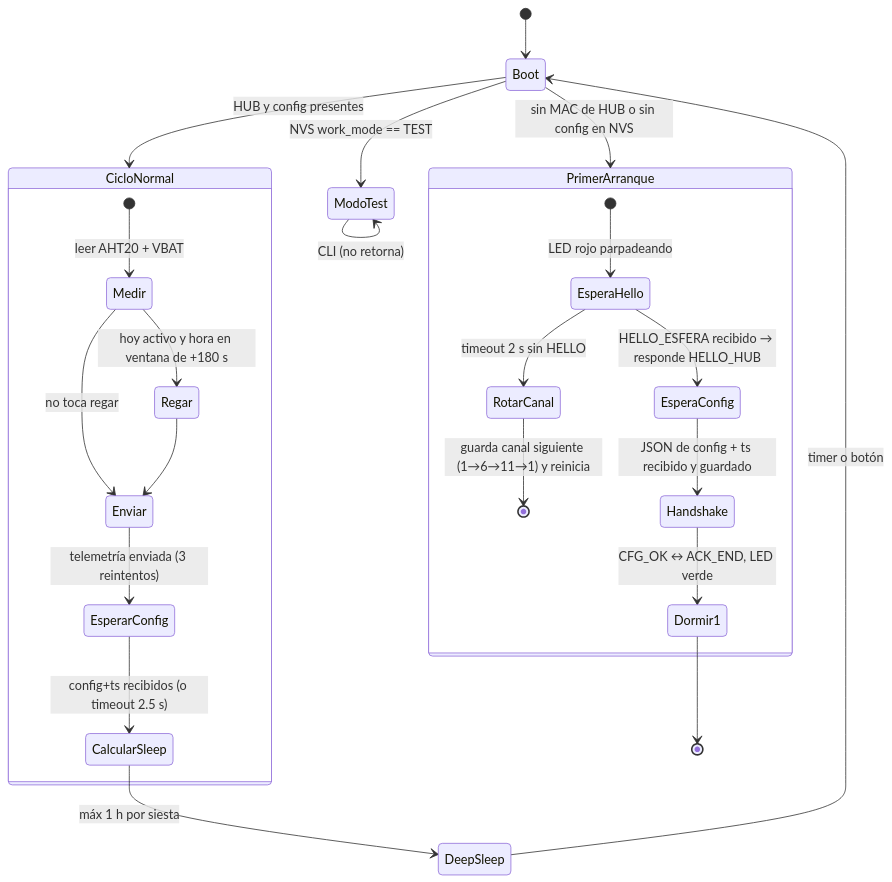
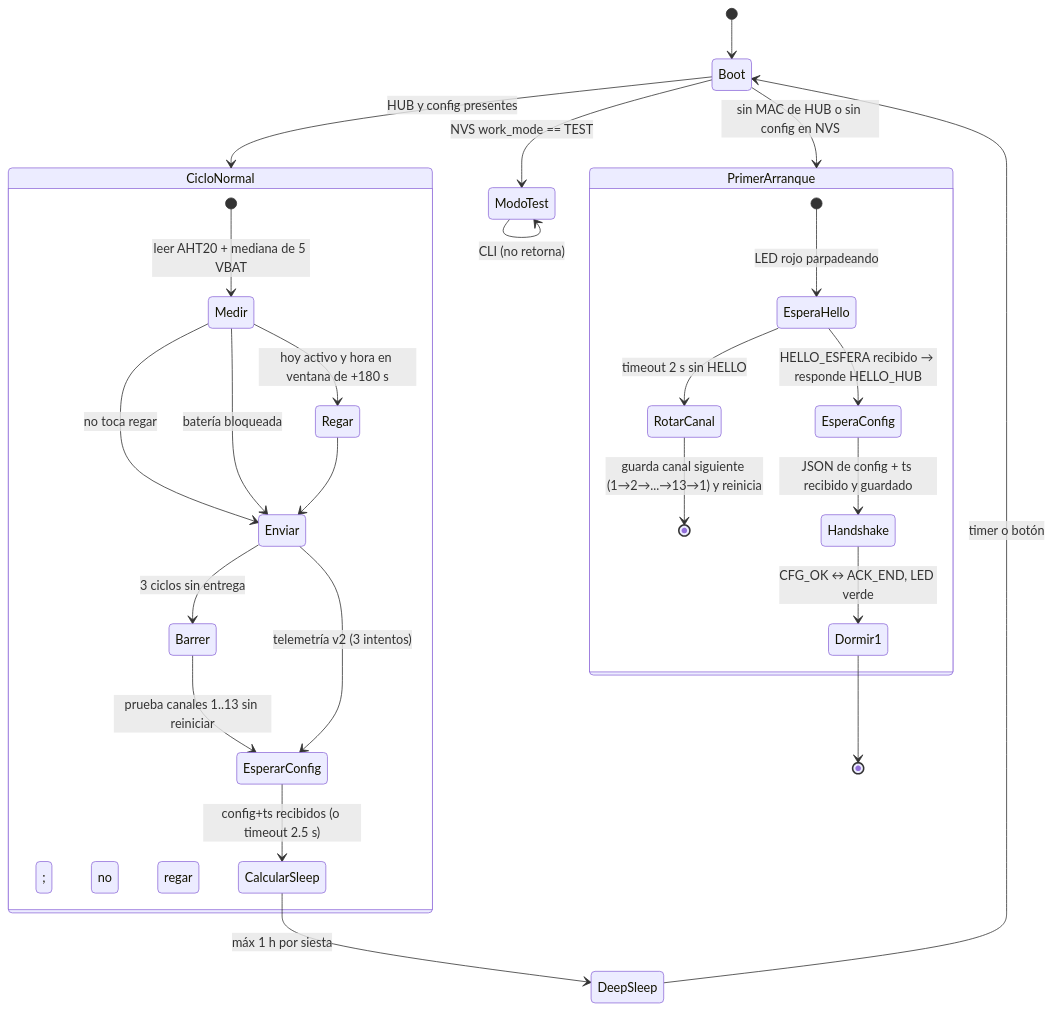
Before and after one commit to cristcorrea/solar-irrigator-slave: the first of 4 diagrams in ARQUITECTURA.md, drawn with Mermaid. The commit also changed other lines of this file and 8 other files, not shown here.

````diff
--- a/ARQUITECTURA.md
+++ b/ARQUITECTURA.md
@@ -42,31 +42,34 @@
 ```mermaid
 stateDiagram-v2
     [*] --> Boot
     Boot --> ModoTest: NVS work_mode == TEST
     ModoTest --> ModoTest: CLI (no retorna)
 
     Boot --> PrimerArranque: sin MAC de HUB o sin config en NVS
     Boot --> CicloNormal: HUB y config presentes
 
     state PrimerArranque {
         [*] --> EsperaHello: LED rojo parpadeando
         EsperaHello --> RotarCanal: timeout 2 s sin HELLO
-        RotarCanal --> [*]: guarda canal siguiente (1→6→11→1) y reinicia
+        RotarCanal --> [*]: guarda canal siguiente (1→2→...→13→1) y reinicia
         EsperaHello --> EsperaConfig: HELLO_ESFERA recibido → responde HELLO_HUB
         EsperaConfig --> Handshake: JSON de config + ts recibido y guardado
         Handshake --> Dormir1: CFG_OK ↔ ACK_END, LED verde
     }
 
     state CicloNormal {
-        [*] --> Medir: leer AHT20 + VBAT
+        [*] --> Medir: leer AHT20 + mediana de 5 VBAT
         Medir --> Regar: hoy activo y hora en ventana de +180 s
         Medir --> Enviar: no toca regar
+        Medir --> Enviar: batería bloqueada; no regar
         Regar --> Enviar
-        Enviar --> EsperarConfig: telemetría enviada (3 reintentos)
+        Enviar --> Barrer: 3 ciclos sin entrega
+        Barrer --> EsperarConfig: prueba canales 1..13 sin reiniciar
+        Enviar --> EsperarConfig: telemetría v2 (3 intentos)
         EsperarConfig --> CalcularSleep: config+ts recibidos (o timeout 2.5 s)
     }
 
     Dormir1 --> [*]
     CalcularSleep --> DeepSleep: máx 1 h por siesta
     DeepSleep --> Boot: timer o botón
 ```
````
